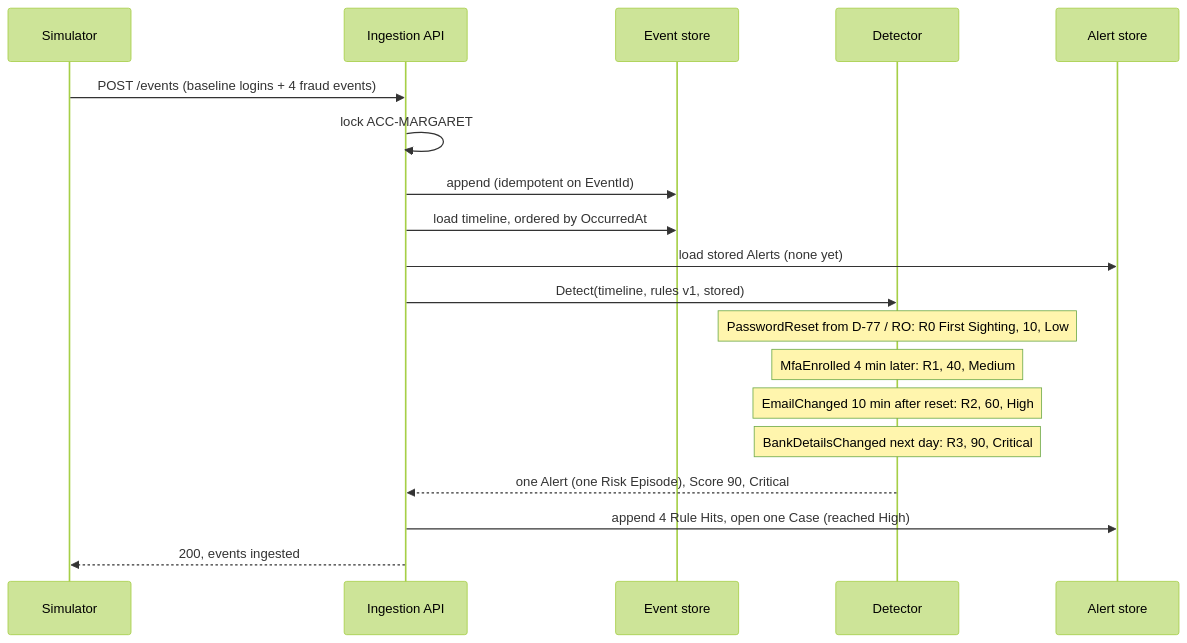
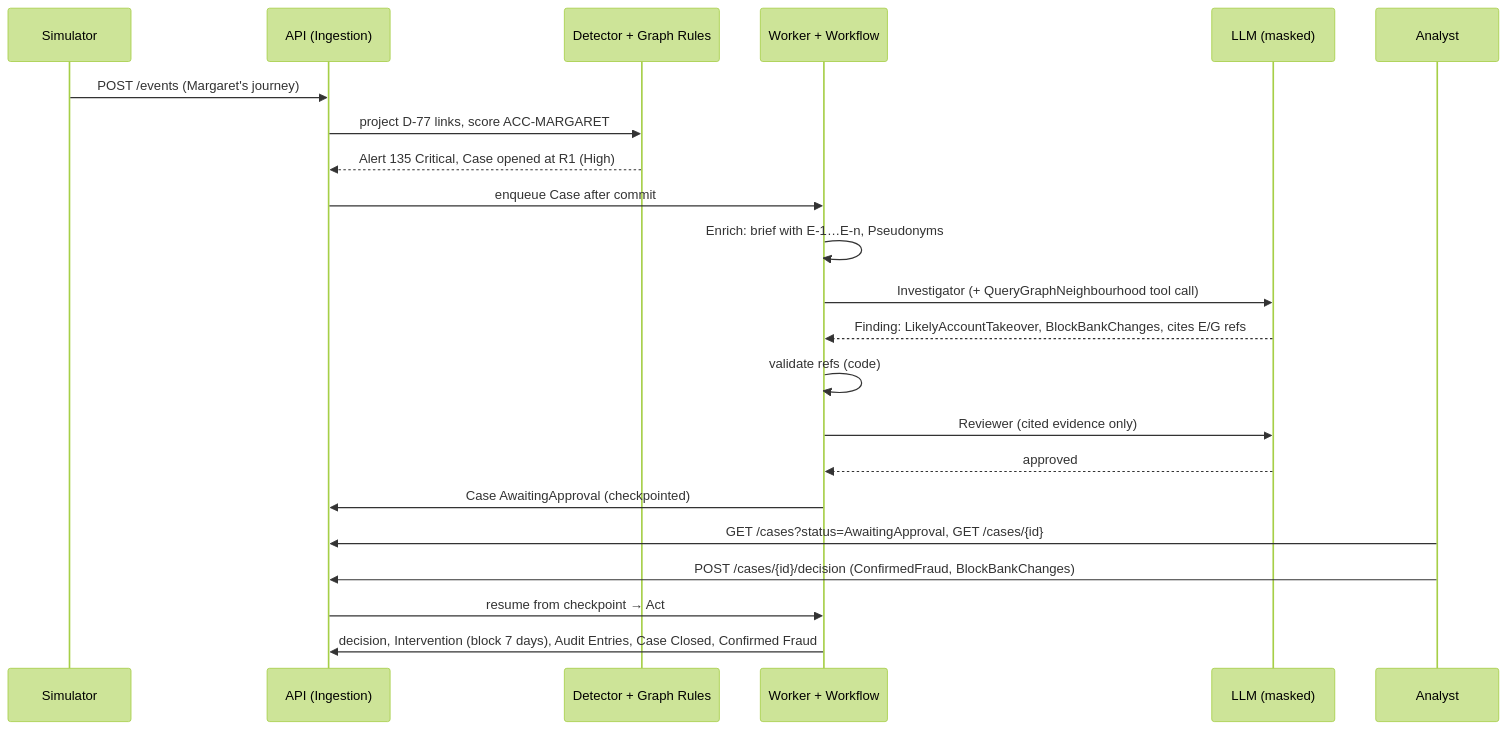
The eighth of 9 diagrams in docs/architecture.md (NaveenManjappa/vigil), drawn with Mermaid (forest theme) before and after one commit. The commit also changed other lines of this file and 5 other files, not shown here.

Commit message:
Stage 4: architecture covers the whole system; PROJECT.md framed around the business problem; README, ADR-0009/0011 and CLAUDE.md brought up to date

````diff
--- a/docs/architecture.md
+++ b/docs/architecture.md
@@ -55,22 +394,25 @@
 ```mermaid
 sequenceDiagram
     participant Sim as Simulator
-    participant Api as Ingestion API
-    participant Store as Event store
-    participant Det as Detector
-    participant Alerts as Alert store
+    participant Api as API (Ingestion)
+    participant Det as Detector + Graph Rules
+    participant W as Worker + Workflow
+    participant Llm as LLM (masked)
+    participant An as Analyst
 
-    Sim->>Api: POST /events (baseline logins + 4 fraud events)
-    Api->>Api: lock ACC-MARGARET
-    Api->>Store: append (idempotent on EventId)
-    Api->>Store: load timeline, ordered by OccurredAt
-    Api->>Alerts: load stored Alerts (none yet)
-    Api->>Det: Detect(timeline, rules v1, stored)
-    Note over Det: PasswordReset from D-77 / RO: R0 First Sighting, 10, Low
-    Note over Det: MfaEnrolled 4 min later: R1, 40, Medium
-    Note over Det: EmailChanged 10 min after reset: R2, 60, High
-    Note over Det: BankDetailsChanged next day: R3, 90, Critical
-    Det-->>Api: one Alert (one Risk Episode), Score 90, Critical
-    Api->>Alerts: append 4 Rule Hits, open one Case (reached High)
-    Api-->>Sim: 200, events ingested
+    Sim->>Api: POST /events (Margaret's journey)
+    Api->>Det: project D-77 links, score ACC-MARGARET
+    Det-->>Api: Alert 135 Critical, Case opened at R1 (High)
+    Api->>W: enqueue Case after commit
+    W->>W: Enrich: brief with E-1…E-n, Pseudonyms
+    W->>Llm: Investigator (+ QueryGraphNeighbourhood tool call)
+    Llm-->>W: Finding: LikelyAccountTakeover, BlockBankChanges, cites E/G refs
+    W->>W: validate refs (code)
+    W->>Llm: Reviewer (cited evidence only)
+    Llm-->>W: approved
+    W->>Api: Case AwaitingApproval (checkpointed)
+    An->>Api: GET /cases?status=AwaitingApproval, GET /cases/{id}
+    An->>Api: POST /cases/{id}/decision (ConfirmedFraud, BlockBankChanges)
+    Api->>W: resume from checkpoint → Act
+    W->>Api: decision, Intervention (block 7 days), Audit Entries, Case Closed, Confirmed Fraud
 ```
````
